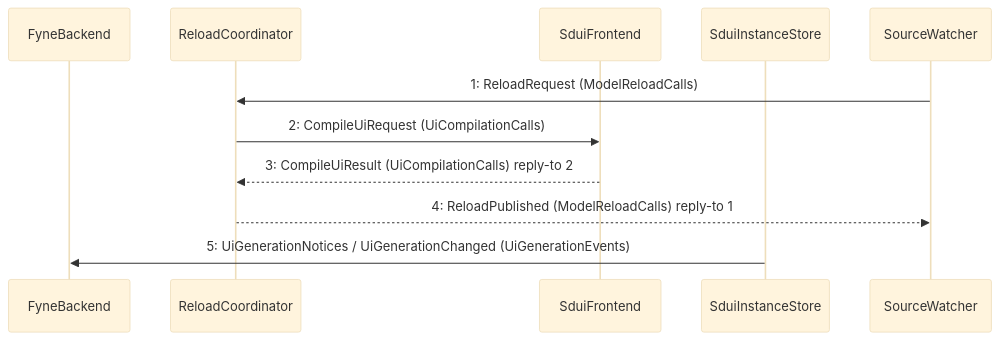
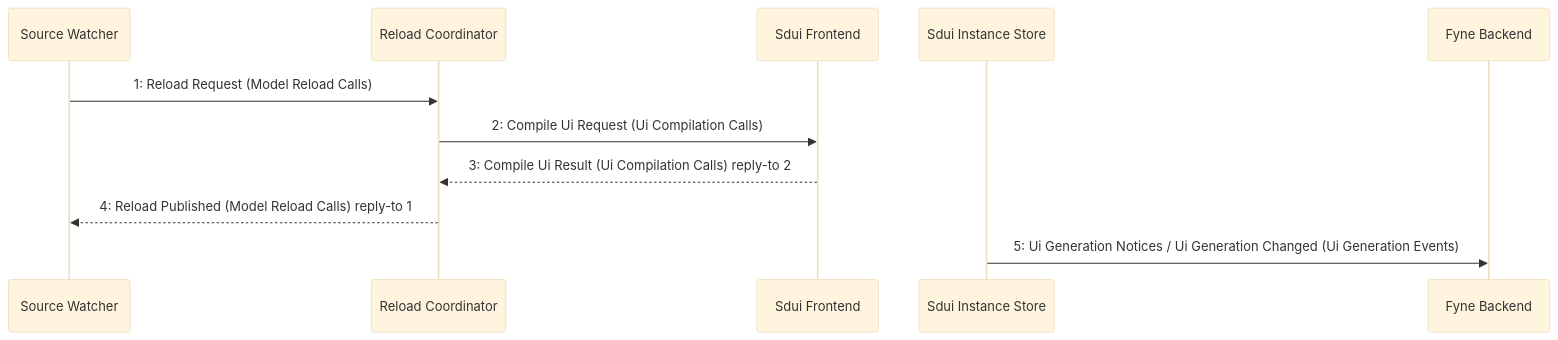
Before and after one commit to Hans-Einar/SDP: the diagram in SDUI/design/viewpoints/diagrams/VP08-UiModelReloadAccepted.mmd, drawn with Mermaid (base theme). The commit also changed 145 other files, not shown here.

```diff
--- a/SDUI/design/viewpoints/diagrams/VP08-UiModelReloadAccepted.mmd
+++ b/SDUI/design/viewpoints/diagrams/VP08-UiModelReloadAccepted.mmd
@@ -1,11 +1,11 @@
 sequenceDiagram
-    participant n_FyneBackend as FyneBackend
-    participant n_ReloadCoordinator as ReloadCoordinator
-    participant n_SduiFrontend as SduiFrontend
-    participant n_SduiInstanceStore as SduiInstanceStore
-    participant n_SourceWatcher as SourceWatcher
-    n_SourceWatcher->>n_ReloadCoordinator: 1: ReloadRequest (ModelReloadCalls)
-    n_ReloadCoordinator->>n_SduiFrontend: 2: CompileUiRequest (UiCompilationCalls)
-    n_SduiFrontend-->>n_ReloadCoordinator: 3: CompileUiResult (UiCompilationCalls) reply-to 2
-    n_ReloadCoordinator-->>n_SourceWatcher: 4: ReloadPublished (ModelReloadCalls) reply-to 1
-    n_SduiInstanceStore->>n_FyneBackend: 5: UiGenerationNotices / UiGenerationChanged (UiGenerationEvents)
+    participant n_SourceWatcher as Source Watcher
+    participant n_ReloadCoordinator as Reload Coordinator
+    participant n_SduiFrontend as Sdui Frontend
+    participant n_SduiInstanceStore as Sdui Instance Store
+    participant n_FyneBackend as Fyne Backend
+    n_SourceWatcher->>n_ReloadCoordinator: 1: Reload Request (Model Reload Calls)
+    n_ReloadCoordinator->>n_SduiFrontend: 2: Compile Ui Request (Ui Compilation Calls)
+    n_SduiFrontend-->>n_ReloadCoordinator: 3: Compile Ui Result (Ui Compilation Calls) reply-to 2
+    n_ReloadCoordinator-->>n_SourceWatcher: 4: Reload Published (Model Reload Calls) reply-to 1
+    n_SduiInstanceStore->>n_FyneBackend: 5: Ui Generation Notices / Ui Generation Changed (Ui Generation Events)
```
